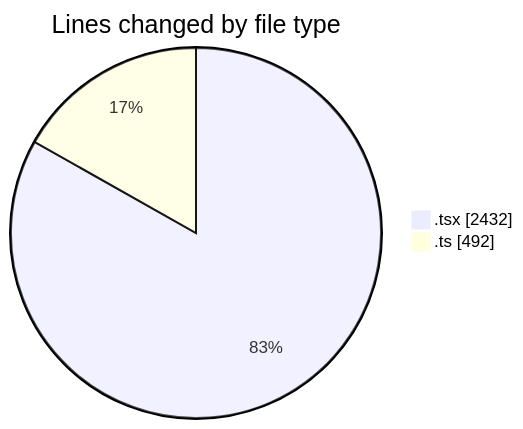
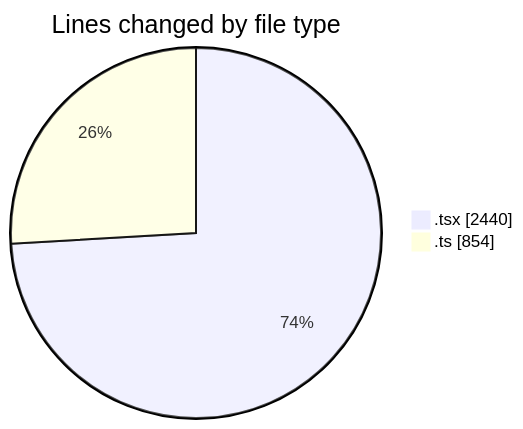
Before and after one commit to nxtqubesakshisongat/code-tracking: the first of 2 diagrams in 2026-02-19/nxtqube_webapp/README.md, drawn with Mermaid. The commit also changed other lines of this file and 1 other file, not shown here.

````diff
--- a/2026-02-19/nxtqube_webapp/README.md
+++ b/2026-02-19/nxtqube_webapp/README.md
@@ -25,6 +26,6 @@
 ```mermaid
 pie showData
 title Lines changed by file type
-".tsx" : 2432
-".ts" : 492
+".tsx" : 2440
+".ts" : 854
 ```
````
